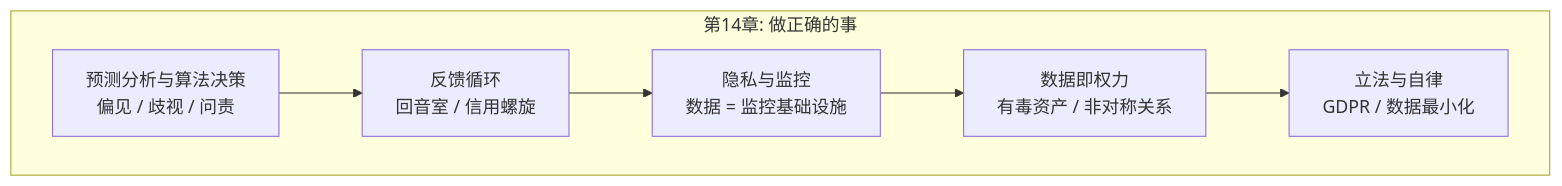
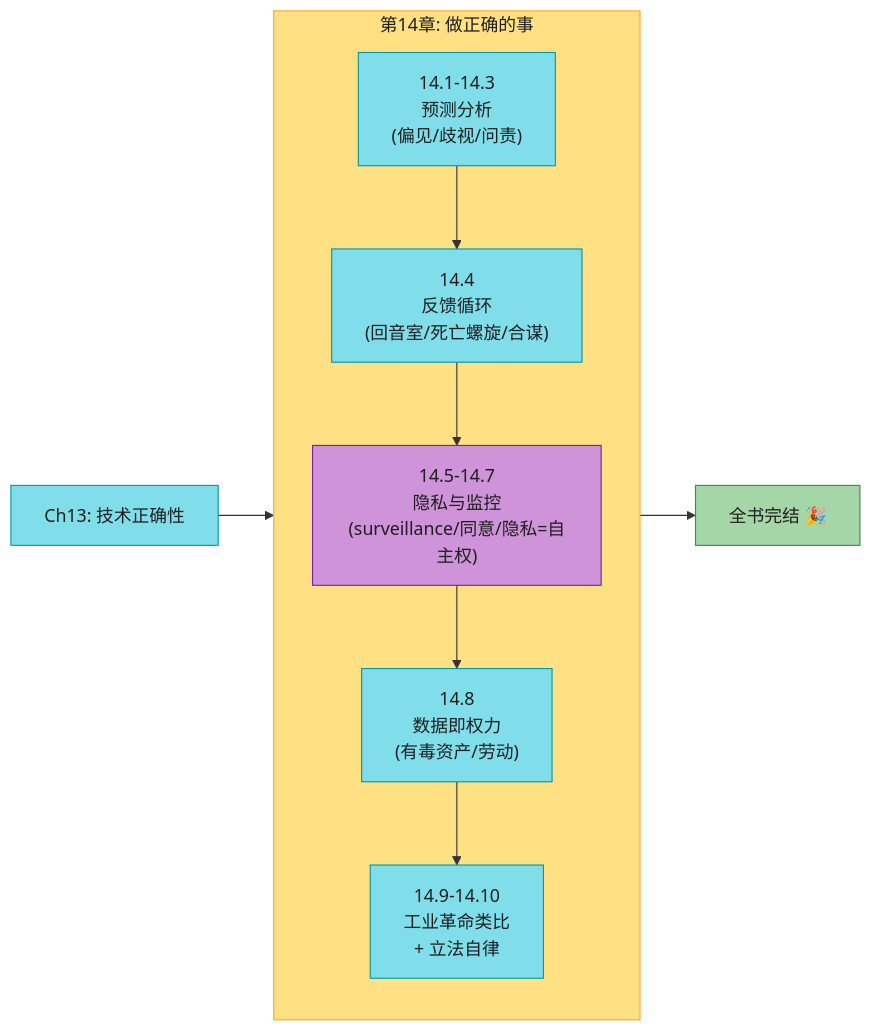
One commit to socoo123/ddia_2nd changed the first of 9 diagrams in ch14-做正确的事.md. Above: the diagram before and after it, drawn with Mermaid. The commit also changed other lines of this file and 5 other files, not shown here.

````diff
--- a/ch14-做正确的事.md
+++ b/ch14-做正确的事.md
@@ -12,11 +27,25 @@
 ```mermaid
-graph TB
+flowchart LR
+    CH13["Ch13: 技术正确性"] --> CH14
+
     subgraph CH14["第14章: 做正确的事"]
-        PA["预测分析与算法决策<br/>偏见 / 歧视 / 问责"]
-        FB["反馈循环<br/>回音室 / 信用螺旋"]
-        PV["隐私与监控<br/>数据 = 监控基础设施"]
-        POWER["数据即权力<br/>有毒资产 / 非对称关系"]
-        LAW["立法与自律<br/>GDPR / 数据最小化"]
-        PA --> FB --> PV --> POWER --> LAW
+        direction TB
+        PA["14.1-14.3<br/>预测分析<br/>(偏见/歧视/问责)"]
+        FB["14.4<br/>反馈循环<br/>(回音室/死亡螺旋/合谋)"]
+        SURV["14.5-14.7<br/>隐私与监控<br/>(surveillance/同意/隐私=自主权)"]
+        POWER["14.8<br/>数据即权力<br/>(有毒资产/劳动)"]
+        LAW["14.9-14.10<br/>工业革命类比<br/>+ 立法自律"]
+        PA --> FB --> SURV --> POWER --> LAW
     end
+
+    CH14 --> END["全书完结 🎉"]
+
+    style CH13 fill:#80DEEA,stroke:#0097A7,color:#1f1f1f
+    style CH14 fill:#FFE082,stroke:#F9A825,color:#1f1f1f
+    style PA fill:#80DEEA,stroke:#0097A7,color:#1f1f1f
+    style FB fill:#80DEEA,stroke:#0097A7,color:#1f1f1f
+    style SURV fill:#CE93D8,stroke:#7B1FA2,color:#1f1f1f
+    style POWER fill:#80DEEA,stroke:#0097A7,color:#1f1f1f
+    style LAW fill:#80DEEA,stroke:#0097A7,color:#1f1f1f
+    style END fill:#A5D6A7,stroke:#388E3C,color:#1f1f1f
 ```
````
